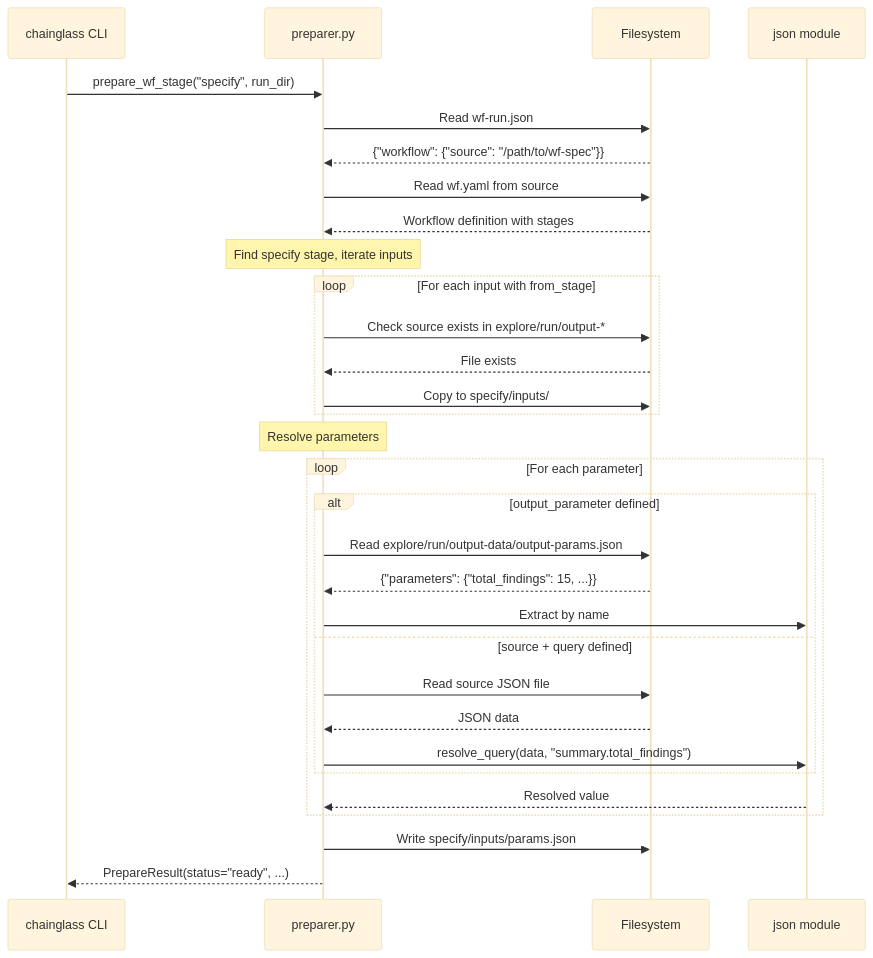
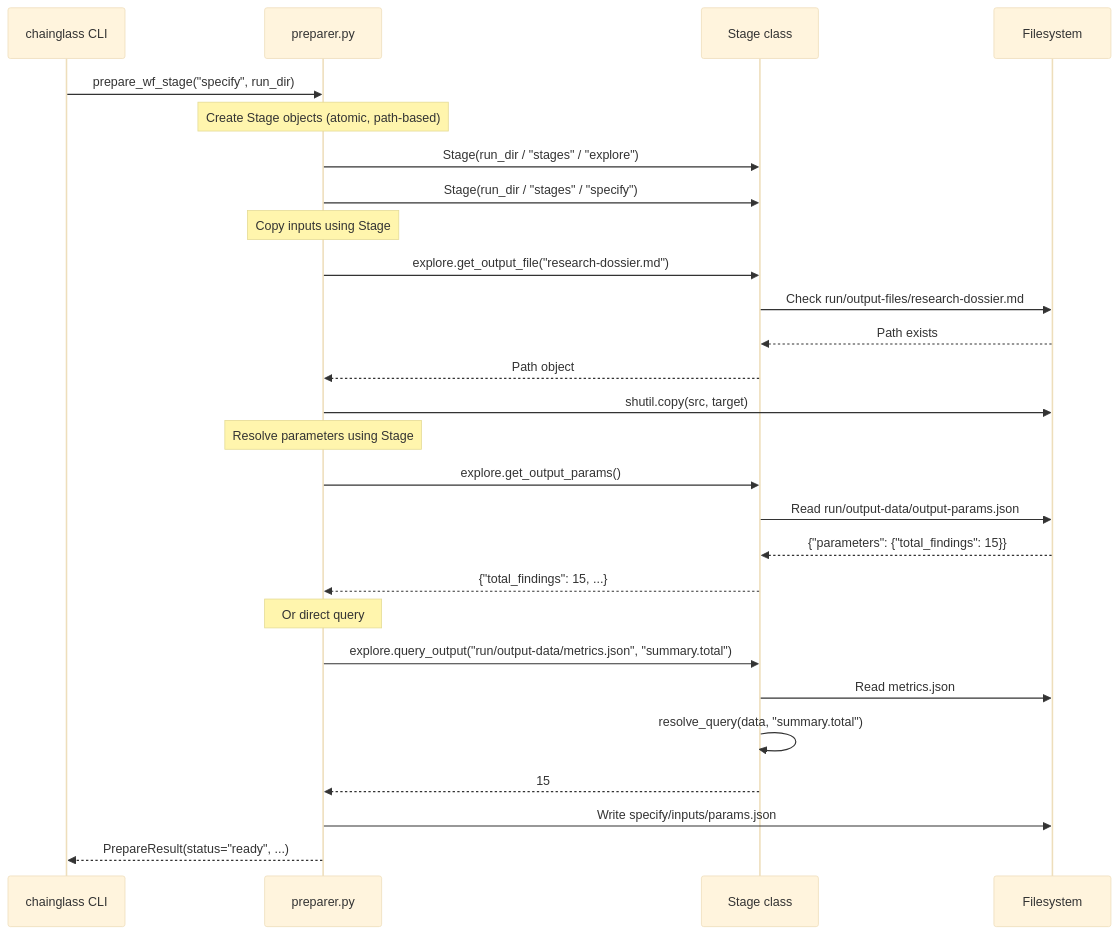
The third of 3 diagrams in docs/plans/010-first-wf-build/tasks/phase-3-implement-prepare-wf-stage-command/tasks.md (jakkaj/tools), drawn with Mermaid (base theme) before and after one commit. The commit also changed other lines of this file and 9 other files, not shown here.

````diff
--- a/docs/plans/010-first-wf-build/tasks/phase-3-implement-prepare-wf-stage-command/tasks.md
+++ b/docs/plans/010-first-wf-build/tasks/phase-3-implement-prepare-wf-stage-command/tasks.md
@@ -326,39 +696,35 @@
 ```mermaid
 sequenceDiagram
     participant CLI as chainglass CLI
     participant Prep as preparer.py
+    participant Stage as Stage class
     participant FS as Filesystem
-    participant JSON as json module
 
     CLI->>Prep: prepare_wf_stage("specify", run_dir)
-    Prep->>FS: Read wf-run.json
-    FS-->>Prep: {"workflow": {"source": "/path/to/wf-spec"}}
-    Prep->>FS: Read wf.yaml from source
-    FS-->>Prep: Workflow definition with stages
 
-    Note over Prep: Find specify stage, iterate inputs
+    Note over Prep: Create Stage objects (atomic, path-based)
+    Prep->>Stage: Stage(run_dir / "stages" / "explore")
+    Prep->>Stage: Stage(run_dir / "stages" / "specify")
 
-    loop For each input with from_stage
-        Prep->>FS: Check source exists in explore/run/output-*
-        FS-->>Prep: File exists
-        Prep->>FS: Copy to specify/inputs/
-    end
+    Note over Prep: Copy inputs using Stage
+    Prep->>Stage: explore.get_output_file("research-dossier.md")
+    Stage->>FS: Check run/output-files/research-dossier.md
+    FS-->>Stage: Path exists
+    Stage-->>Prep: Path object
+    Prep->>FS: shutil.copy(src, target)
 
-    Note over Prep: Resolve parameters
+    Note over Prep: Resolve parameters using Stage
+    Prep->>Stage: explore.get_output_params()
+    Stage->>FS: Read run/output-data/output-params.json
+    FS-->>Stage: {"parameters": {"total_findings": 15}}
+    Stage-->>Prep: {"total_findings": 15, ...}
 
-    loop For each parameter
-        alt output_parameter defined
-            Prep->>FS: Read explore/run/output-data/output-params.json
-            FS-->>Prep: {"parameters": {"total_findings": 15, ...}}
-            Prep->>JSON: Extract by name
-        else source + query defined
-            Prep->>FS: Read source JSON file
-            FS-->>Prep: JSON data
-            Prep->>JSON: resolve_query(data, "summary.total_findings")
-        end
-        JSON-->>Prep: Resolved value
-    end
+    Note over Prep: Or direct query
+    Prep->>Stage: explore.query_output("run/output-data/metrics.json", "summary.total")
+    Stage->>FS: Read metrics.json
+    Stage->>Stage: resolve_query(data, "summary.total")
+    Stage-->>Prep: 15
 
     Prep->>FS: Write specify/inputs/params.json
     Prep-->>CLI: PrepareResult(status="ready", ...)
 ```
````
